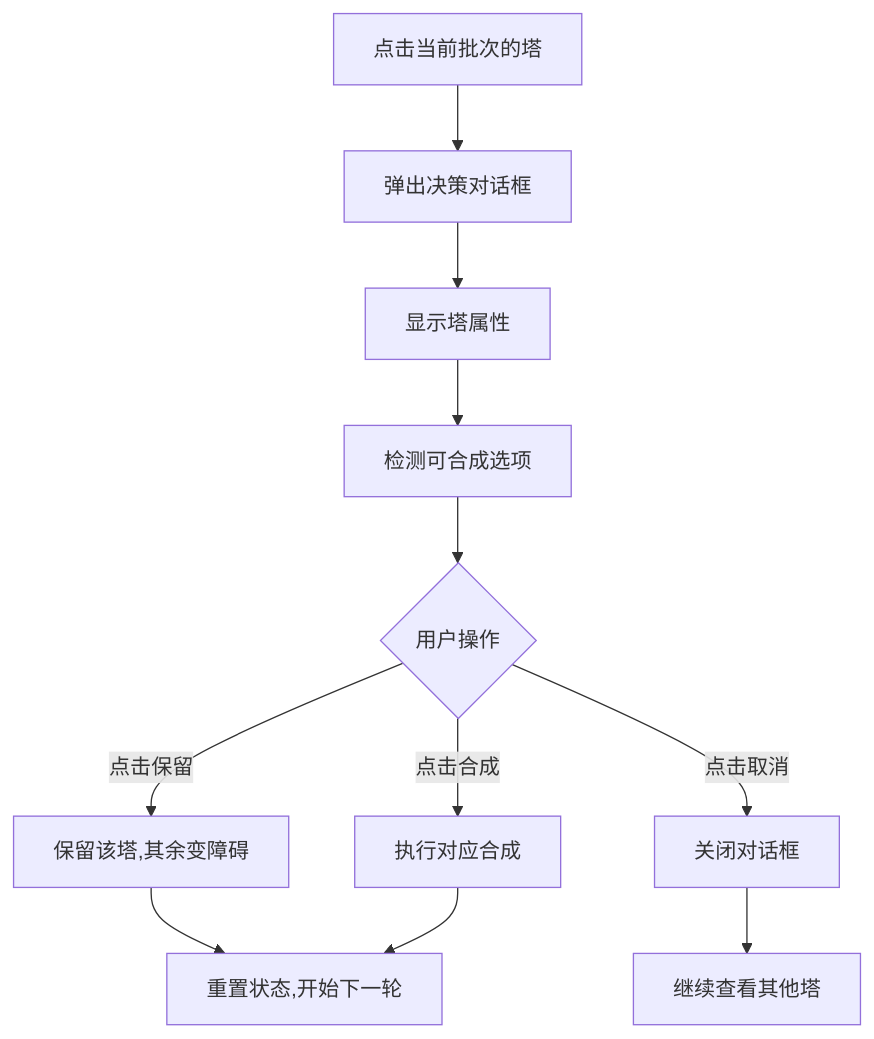
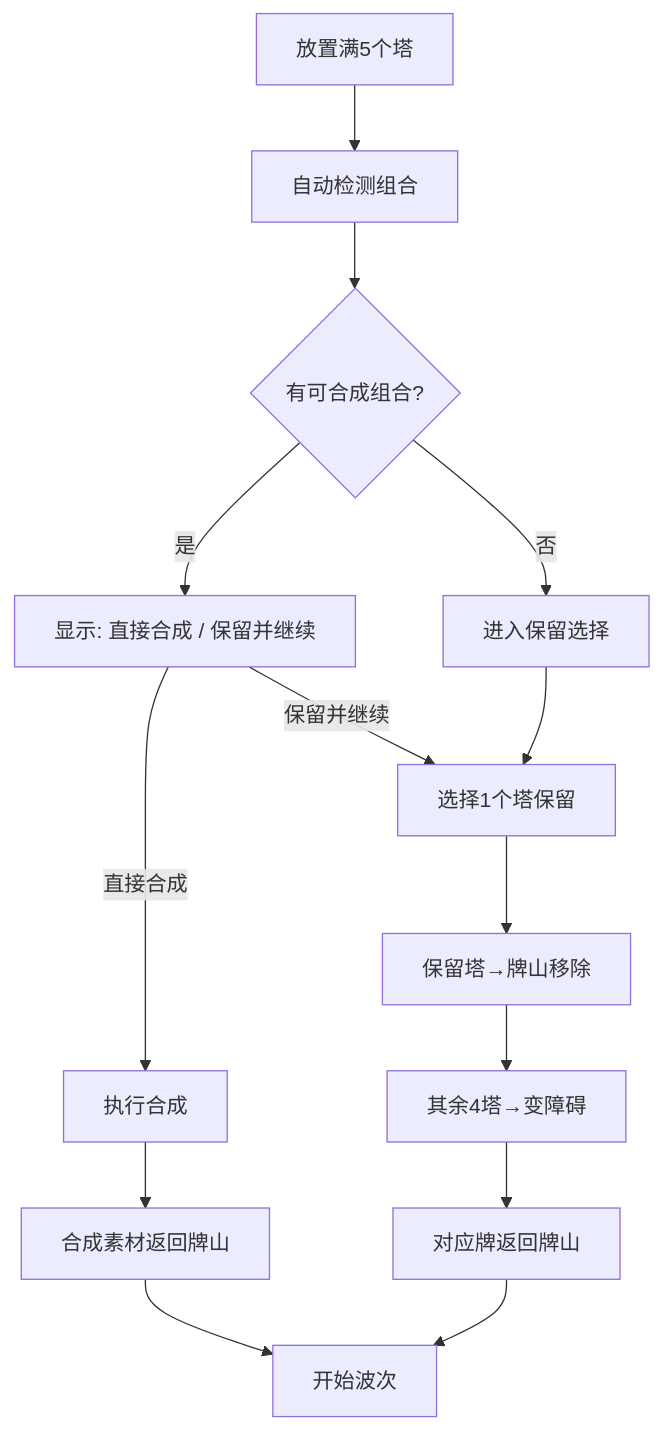
One commit to JJJJoker/mojangTD changed the second of 2 diagrams in docs/SPEC.md. Above: the diagram before and after it, drawn with Mermaid. The commit also changed other lines of this file, not shown here.

````diff
--- a/docs/SPEC.md
+++ b/docs/SPEC.md
@@ -722,13 +518,16 @@
 ```mermaid
 graph TD
-    A[点击当前批次的塔] --> B[弹出决策对话框]
-    B --> C[显示塔属性]
-    C --> D[检测可合成选项]
-    D --> E{用户操作}
-    E -->|点击保留| F[保留该塔,其余变障碍]
-    E -->|点击合成| G[执行对应合成]
-    E -->|点击取消| H[关闭对话框]
-    F --> I[重置状态,开始下一轮]
-    G --> I
-    H --> J[继续查看其他塔]
+    A["放置满5个塔"] --> B["自动检测组合"]
+    B --> C{"有可合成组合?"}
+    C -->|是| D["显示: 直接合成 / 保留并继续"]
+    C -->|否| E["进入保留选择"]
+    D -->|直接合成| F["执行合成"]
+    F --> G["合成素材返回牌山"]
+    D -->|保留并继续| H["选择1个塔保留"]
+    E --> H
+    H --> I["保留塔→牌山移除"]
+    I --> J["其余4塔→变障碍"]
+    J --> K["对应牌返回牌山"]
+    G --> L["开始波次"]
+    K --> L
 ```
````
